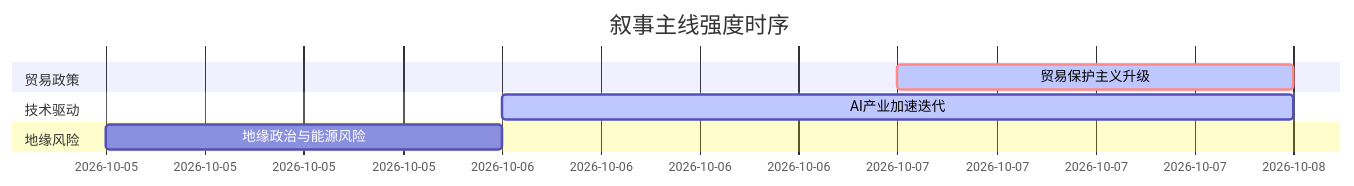
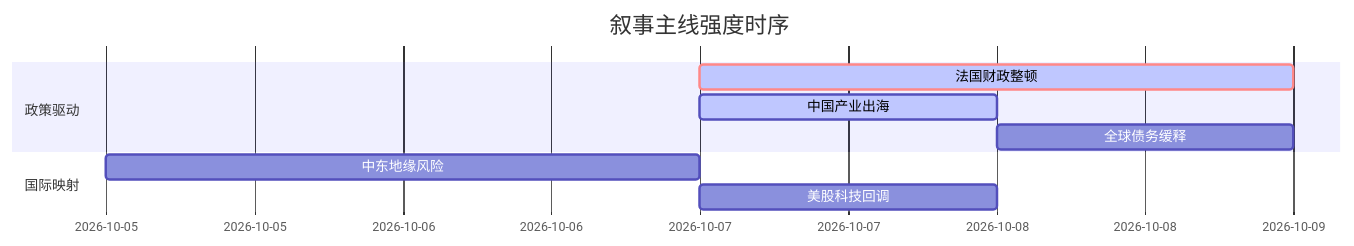
The diagram in 5day_report.md (uu5zn/uu5zn.github.io), drawn with Mermaid before and after one commit. The commit also changed other lines of this file and 23 other files, not shown here.

````diff
--- a/5day_report.md
+++ b/5day_report.md
@@ -58,11 +55,13 @@
 ```mermaid
 gantt
     title 叙事主线强度时序
     dateFormat  YYYY-MM-DD
-    section 贸易政策
-    贸易保护主义升级   :crit, active, 2026-10-07, 1d
-    section 技术驱动
-    AI产业加速迭代   :active, 2026-10-06, 2d
-    section 地缘风险
-    地缘政治与能源风险 :2026-10-05, 1d
+    section 政策驱动
+    法国财政整顿   :crit, active, 2026-10-07, 2d
+    中国产业出海   :active, 2026-10-07, 1d
+    全球债务缓释   :2026-10-08, 1d
+    
+    section 国际映射
+    中东地缘风险   :2026-10-05, 2d
+    美股科技回调   :2026-10-07, 1d
 ```
````
